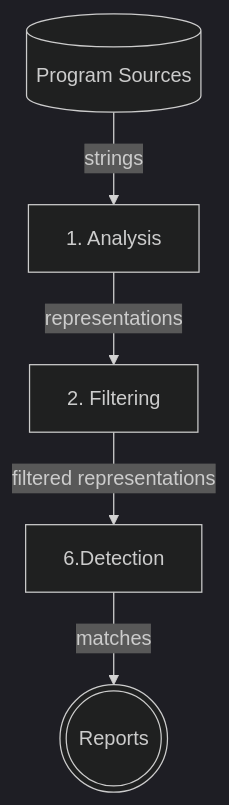
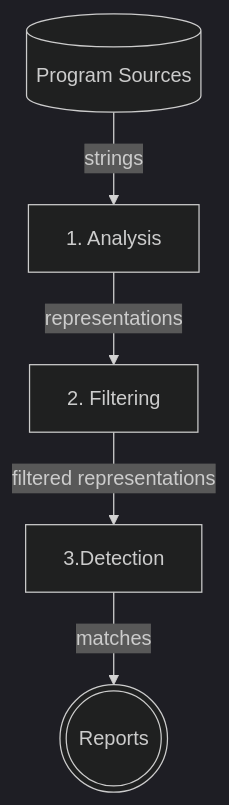
The first of 3 diagrams in content/_index.md (tassiLuca/code-plagiarism-detector-presentation), drawn with Mermaid (dark theme) before and after one commit. The commit also changed other lines of this file and 1 other file, not shown here.

````diff
--- a/content/_index.md
+++ b/content/_index.md
@@ -83,7 +83,7 @@
 ```mermaid
 flowchart TB
     sources[(Program Sources)] -- strings --> analysis[1. Analysis]
     analysis -- representations --> filtering[2. Filtering]
-    filtering -- filtered representations --> Detection[6.Detection]
+    filtering -- filtered representations --> Detection[3.Detection]
     Detection -- matches --> result(((Reports)))
 ```
````
